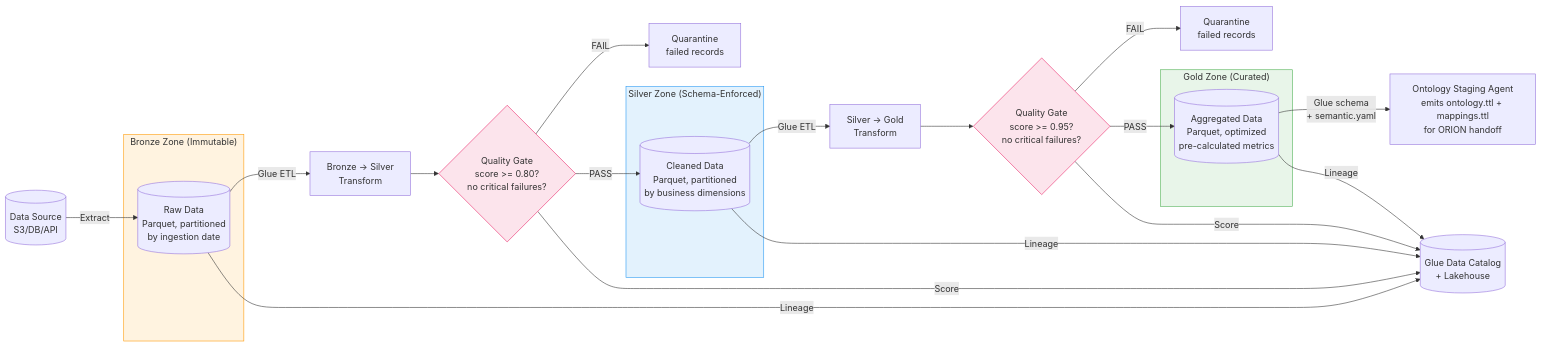
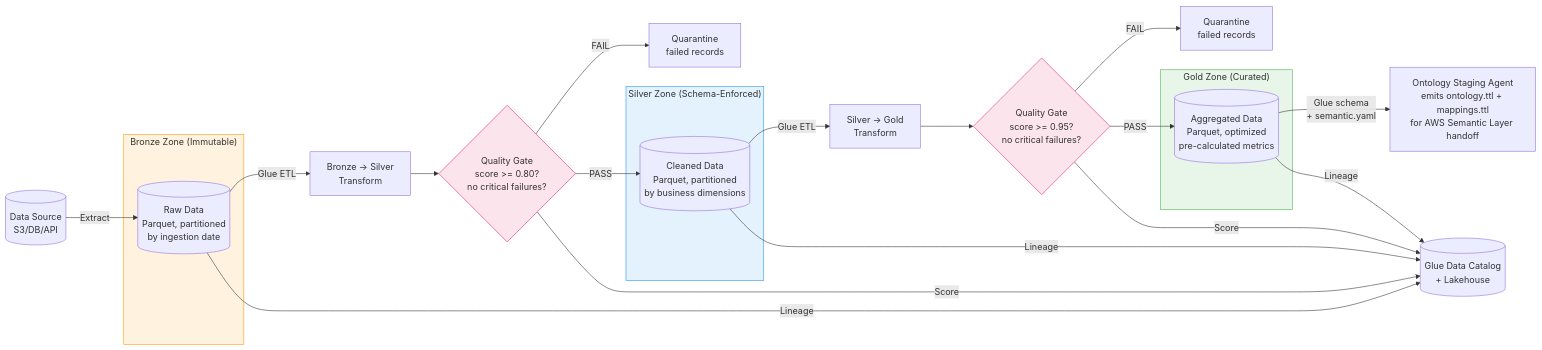
The fourth of 5 diagrams in docs/workflow-diagrams.md (aws-samples/sample-Agentic-Ai-Data-Operations), drawn with Mermaid before and after one commit. The commit also changed other lines of this file and 36 other files, not shown here.

First line of the commit message:
Align semantic-layer naming on AWS Semantic Layer (upcoming)

````diff
--- a/docs/workflow-diagrams.md
+++ b/docs/workflow-diagrams.md
@@ -244,40 +244,40 @@
 ```mermaid
 flowchart LR
     SOURCE[(Data Source<br/>S3/DB/API)] -->|Extract| BRONZE
 
     subgraph BRONZE_ZONE["Bronze Zone (Immutable)"]
         BRONZE[(Raw Data<br/>Parquet, partitioned<br/>by ingestion date)]
     end
 
     BRONZE -->|Glue ETL| TRANSFORM_BS[Bronze → Silver<br/>Transform]
     TRANSFORM_BS --> QG1{Quality Gate<br/>score >= 0.80?<br/>no critical failures?}
     QG1 -->|FAIL| QUARANTINE1[Quarantine<br/>failed records]
     QG1 -->|PASS| SILVER
 
     subgraph SILVER_ZONE["Silver Zone (Schema-Enforced)"]
         SILVER[(Cleaned Data<br/>Parquet, partitioned<br/>by business dimensions)]
     end
 
     SILVER -->|Glue ETL| TRANSFORM_SG[Silver → Gold<br/>Transform]
     TRANSFORM_SG --> QG2{Quality Gate<br/>score >= 0.95?<br/>no critical failures?}
     QG2 -->|FAIL| QUARANTINE2[Quarantine<br/>failed records]
     QG2 -->|PASS| GOLD
 
     subgraph GOLD_ZONE["Gold Zone (Curated)"]
         GOLD[(Aggregated Data<br/>Parquet, optimized<br/>pre-calculated metrics)]
     end
 
-    GOLD -->|Glue schema<br/>+ semantic.yaml| STAGING[Ontology Staging Agent<br/>emits ontology.ttl + mappings.ttl<br/>for ORION handoff]
+    GOLD -->|Glue schema<br/>+ semantic.yaml| STAGING[Ontology Staging Agent<br/>emits ontology.ttl + mappings.ttl<br/>for AWS Semantic Layer handoff]
 
     BRONZE -->|Lineage| CATALOG[(Glue Data Catalog<br/>+ Lakehouse)]
     SILVER -->|Lineage| CATALOG
     GOLD -->|Lineage| CATALOG
     QG1 -->|Score| CATALOG
     QG2 -->|Score| CATALOG
 
     style BRONZE_ZONE fill:#fff3e0,stroke:#ff9800
     style SILVER_ZONE fill:#e3f2fd,stroke:#2196f3
     style GOLD_ZONE fill:#e8f5e9,stroke:#4caf50
     style QG1 fill:#fce4ec,stroke:#e91e63
     style QG2 fill:#fce4ec,stroke:#e91e63
 ```
````
